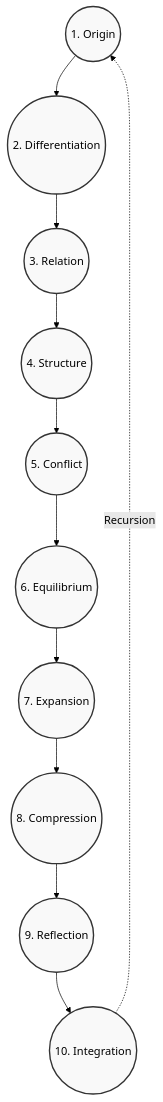
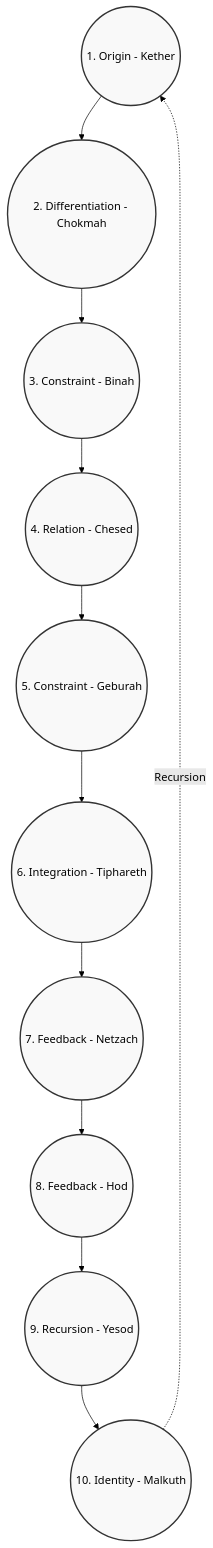
Before and after one commit to OmnisMutus/OMARG-PHIRERA-Open-Source-Anomalous-Phenomena-Methods: the diagram in operators/recursive-tree.md, drawn with Mermaid (forest theme). The commit also changed other lines of this file and 4 other files, not shown here.

````diff
--- a/operators/recursive-tree.md
+++ b/operators/recursive-tree.md
@@ -121,16 +51,16 @@
 ```mermaid
 graph TD
-    O1((1. Origin)) --> O2((2. Differentiation))
-    O2 --> O3((3. Relation))
-    O3 --> O4((4. Structure))
-    O4 --> O5((5. Conflict))
-    O5 --> O6((6. Equilibrium))
-    O6 --> O7((7. Expansion))
-    O7 --> O8((8. Compression))
-    O8 --> O9((9. Reflection))
-    O9 --> O10((10. Integration))
+    O1((1. Origin - Kether)) --> O2((2. Differentiation - Chokmah))
+    O2 --> O3((3. Constraint - Binah))
+    O3 --> O4((4. Relation - Chesed))
+    O4 --> O5((5. Constraint - Geburah))
+    O5 --> O6((6. Integration - Tiphareth))
+    O6 --> O7((7. Feedback - Netzach))
+    O7 --> O8((8. Feedback - Hod))
+    O8 --> O9((9. Recursion - Yesod))
+    O9 --> O10((10. Identity - Malkuth))
     
     O10 -. Recursion .-> O1
     
     classDef default fill:#f9f9f9,stroke:#333,stroke-width:2px;
 ```
````
